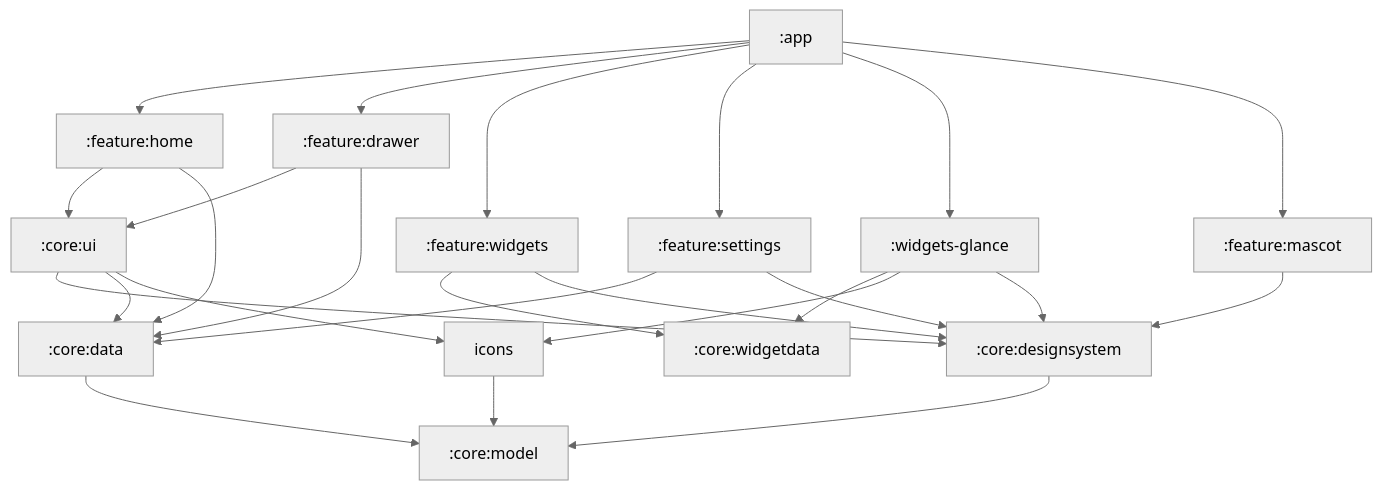
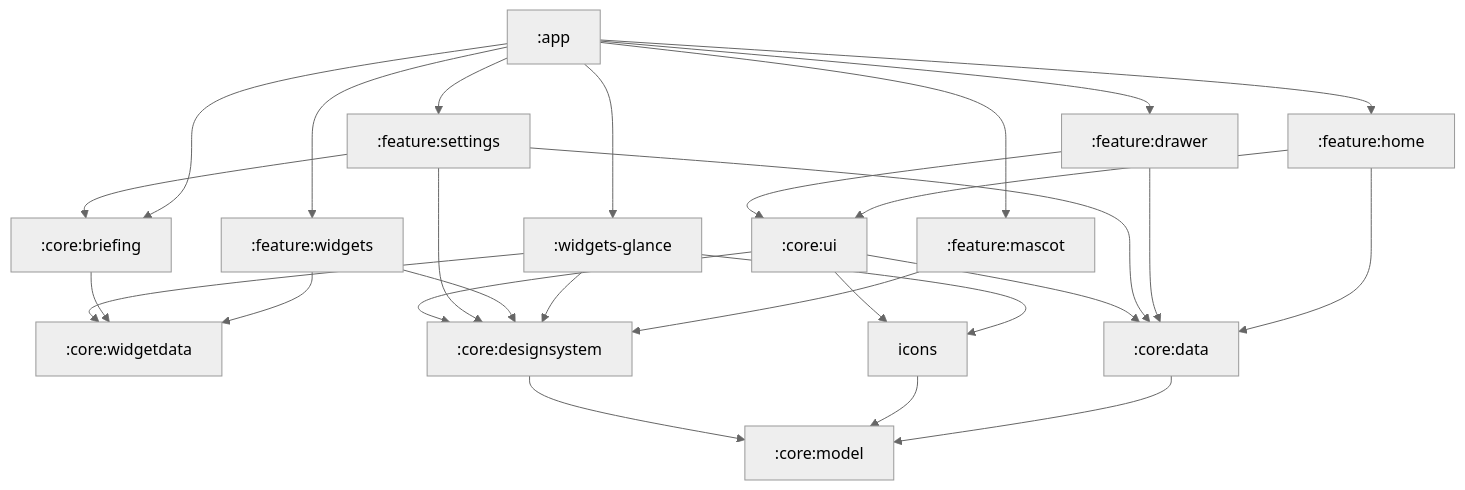
Before and after one commit to Platinum-Saber/Saber-Theme: the first of 2 diagrams in docs/architecture.md, drawn with Mermaid (neutral theme). The commit also changed other lines of this file and 4 other files, not shown here.

Commit message:
Docs: briefing architecture, security, manifest rules and handoff

````diff
--- a/docs/architecture.md
+++ b/docs/architecture.md
@@ -18,27 +18,30 @@
 ```mermaid
 graph TD
   app[":app"] --> home[":feature:home"]
   app --> drawer[":feature:drawer"]
   app --> widgets[":feature:widgets"]
   app --> settings[":feature:settings"]
   widgets --> wdata[":core:widgetdata"]
   app --> glance[":widgets-glance"]
   app --> mascot[":feature:mascot"]
   mascot --> ds
+  app --> briefing[":core:briefing"]
+  settings --> briefing
+  briefing --> wdata
   glance --> wdata
   glance --> icons
   glance --> ds
   home --> ui[":core:ui"]
   drawer --> ui
   home --> data[":core:data"]
   drawer --> data
   settings --> data
   widgets --> ds[":core:designsystem"]
   settings --> ds
   ui --> ds
   ui --> data
   ui --> icons
   data --> model[":core:model"]
   icons --> model
   ds --> model
 ```
````
